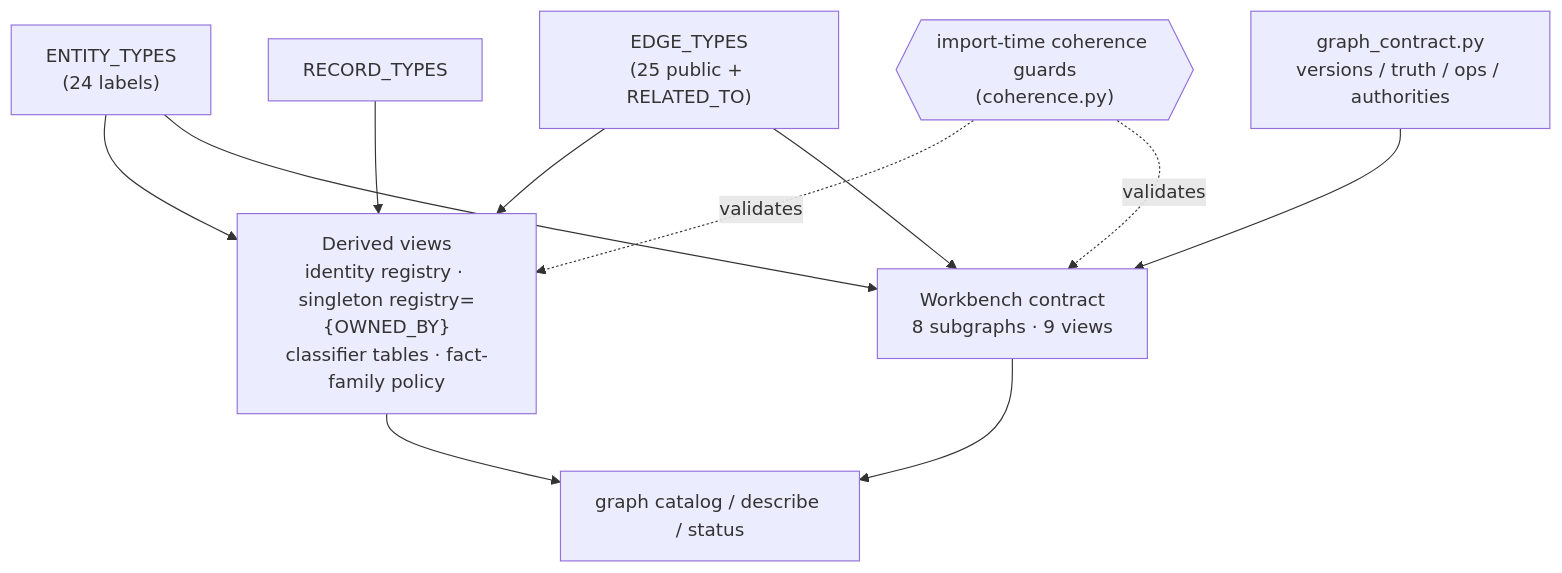
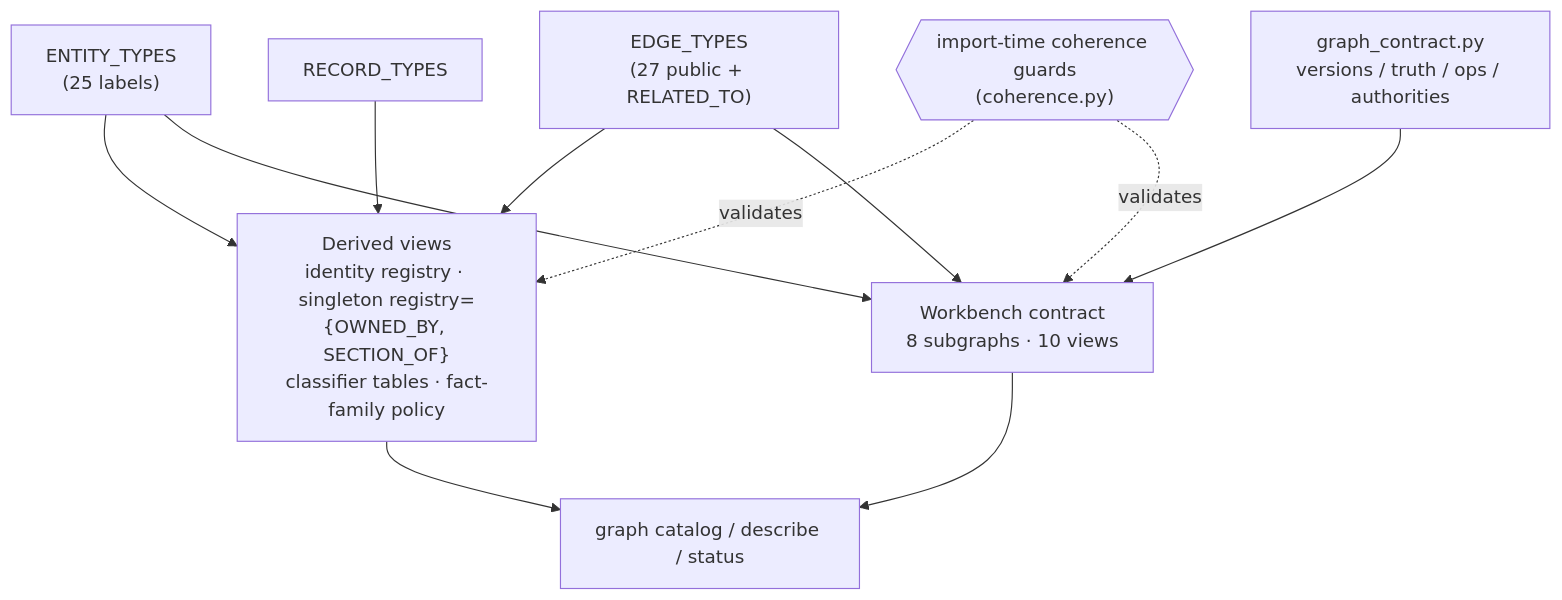
Before and after one commit to potpie-ai/potpie: the diagram in docs/context-graph/ontology.md, drawn with Mermaid. The commit also changed other lines of this file and 15 other files, not shown here.

````diff
--- a/docs/context-graph/ontology.md
+++ b/docs/context-graph/ontology.md
@@ -41,23 +39,23 @@
 ```mermaid
 flowchart TB
-  ont_e["ENTITY_TYPES<br/>(24 labels)"]
-  ont_p["EDGE_TYPES<br/>(25 public + RELATED_TO)"]
+  ont_e["ENTITY_TYPES<br/>(25 labels)"]
+  ont_p["EDGE_TYPES<br/>(27 public + RELATED_TO)"]
   ont_r["RECORD_TYPES"]
   ont_c["graph_contract.py<br/>versions / truth / ops / authorities"]
 
-  ont_views["Derived views<br/>identity registry · singleton registry={OWNED_BY}<br/>classifier tables · fact-family policy"]
-  ont_wb["Workbench contract<br/>8 subgraphs · 9 views"]
+  ont_views["Derived views<br/>identity registry · singleton registry={OWNED_BY, SECTION_OF}<br/>classifier tables · fact-family policy"]
+  ont_wb["Workbench contract<br/>8 subgraphs · 10 views"]
   ont_out["graph catalog / describe / status"]
   ont_guard{{"import-time coherence guards<br/>(coherence.py)"}}
 
   ont_e --> ont_views
   ont_p --> ont_views
   ont_e --> ont_wb
   ont_p --> ont_wb
   ont_r --> ont_views
   ont_c --> ont_wb
   ont_views --> ont_out
   ont_wb --> ont_out
   ont_guard -. validates .-> ont_views
   ont_guard -. validates .-> ont_wb
 ```
````
